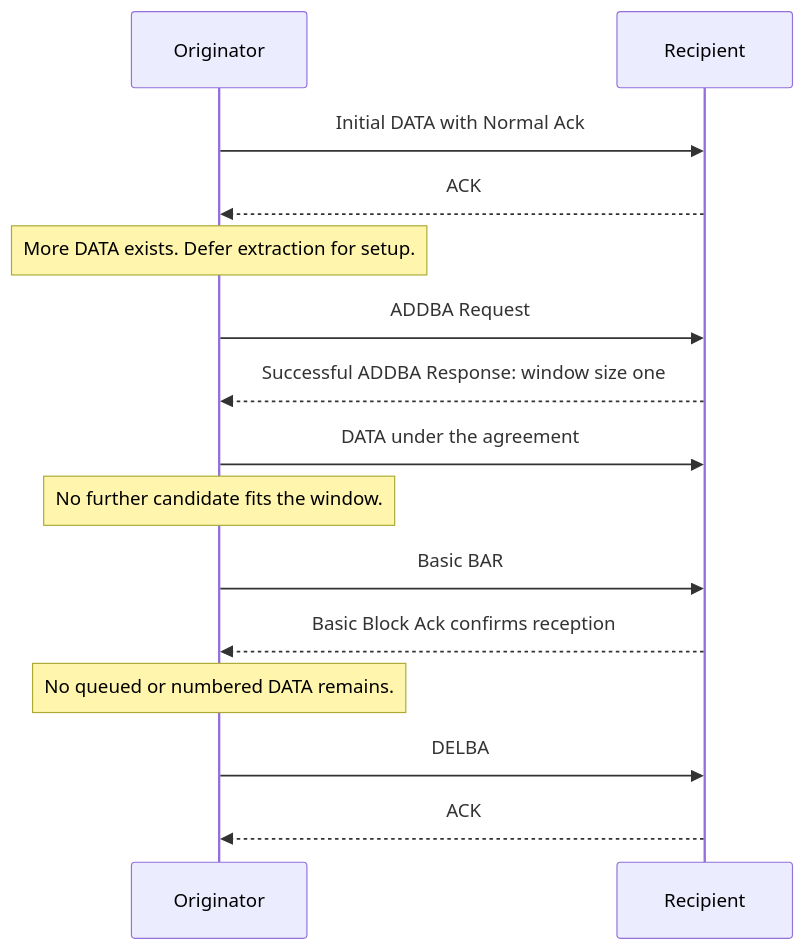
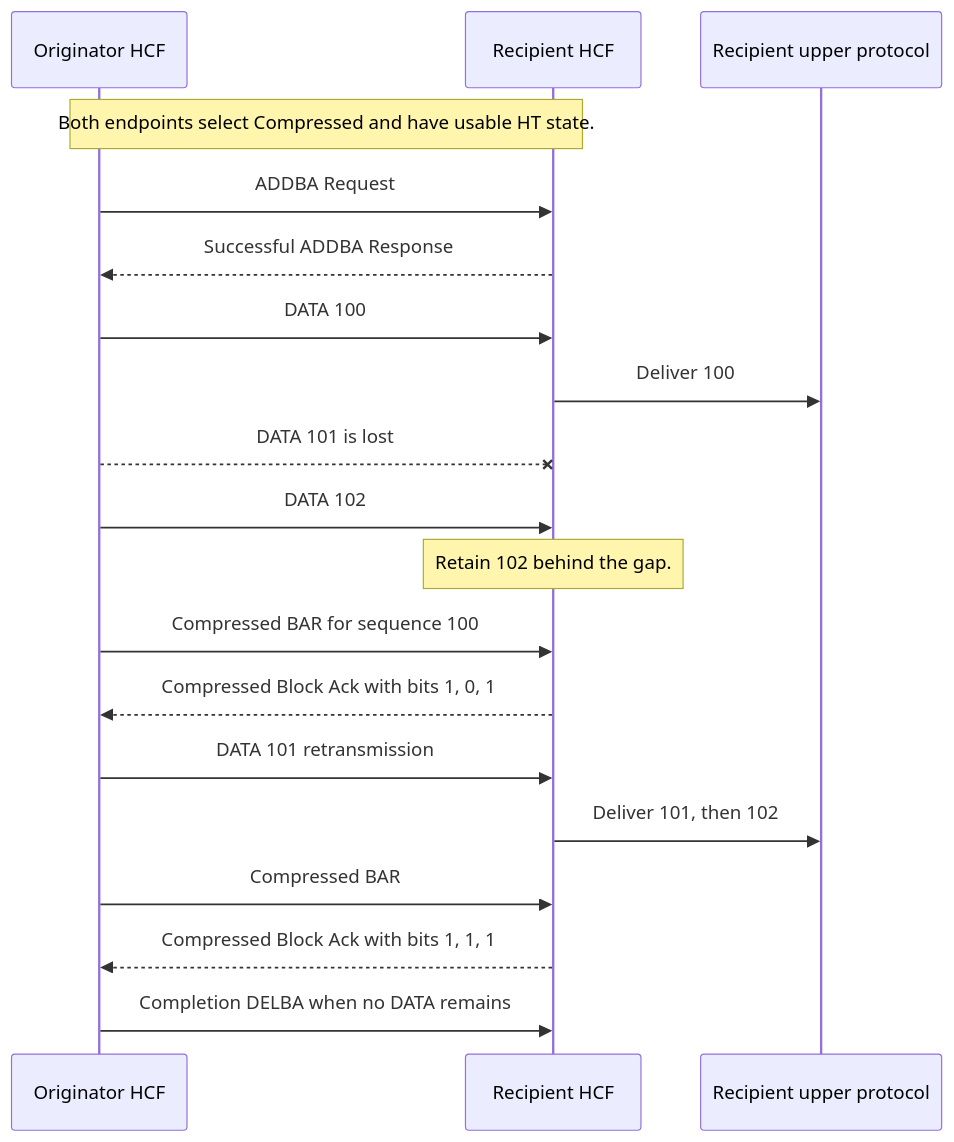
Before and after one commit to inet-framework/inet: the third of 6 diagrams in plan/pending/ieee80211-compressed-blockack-replacement-summary.md, drawn with Mermaid. The commit also changed other lines of this file and 18 other files, not shown here.

First line of the commit message:
ieee80211: change: default HCF to immediate Compressed Block Ack

````diff
--- a/plan/pending/ieee80211-compressed-blockack-replacement-summary.md
+++ b/plan/pending/ieee80211-compressed-blockack-replacement-summary.md
@@ -35,17 +63,21 @@
 ```mermaid
 sequenceDiagram
-    participant O as Originator
-    participant R as Recipient
-    O->>R: Initial DATA with Normal Ack
-    R-->>O: ACK
-    Note over O: More DATA exists. Defer extraction for setup.
+    participant O as Originator HCF
+    participant R as Recipient HCF
+    participant U as Recipient upper protocol
+    Note over O,R: Both endpoints select Compressed and have usable HT state.
     O->>R: ADDBA Request
-    R-->>O: Successful ADDBA Response: window size one
-    O->>R: DATA under the agreement
-    Note over O: No further candidate fits the window.
-    O->>R: Basic BAR
-    R-->>O: Basic Block Ack confirms reception
-    Note over O: No queued or numbered DATA remains.
-    O->>R: DELBA
-    R-->>O: ACK
+    R-->>O: Successful ADDBA Response
+    O->>R: DATA 100
+    R->>U: Deliver 100
+    O--xR: DATA 101 is lost
+    O->>R: DATA 102
+    Note over R: Retain 102 behind the gap.
+    O->>R: Compressed BAR for sequence 100
+    R-->>O: Compressed Block Ack with bits 1, 0, 1
+    O->>R: DATA 101 retransmission
+    R->>U: Deliver 101, then 102
+    O->>R: Compressed BAR
+    R-->>O: Compressed Block Ack with bits 1, 1, 1
+    O->>R: Completion DELBA when no DATA remains
 ```
````
